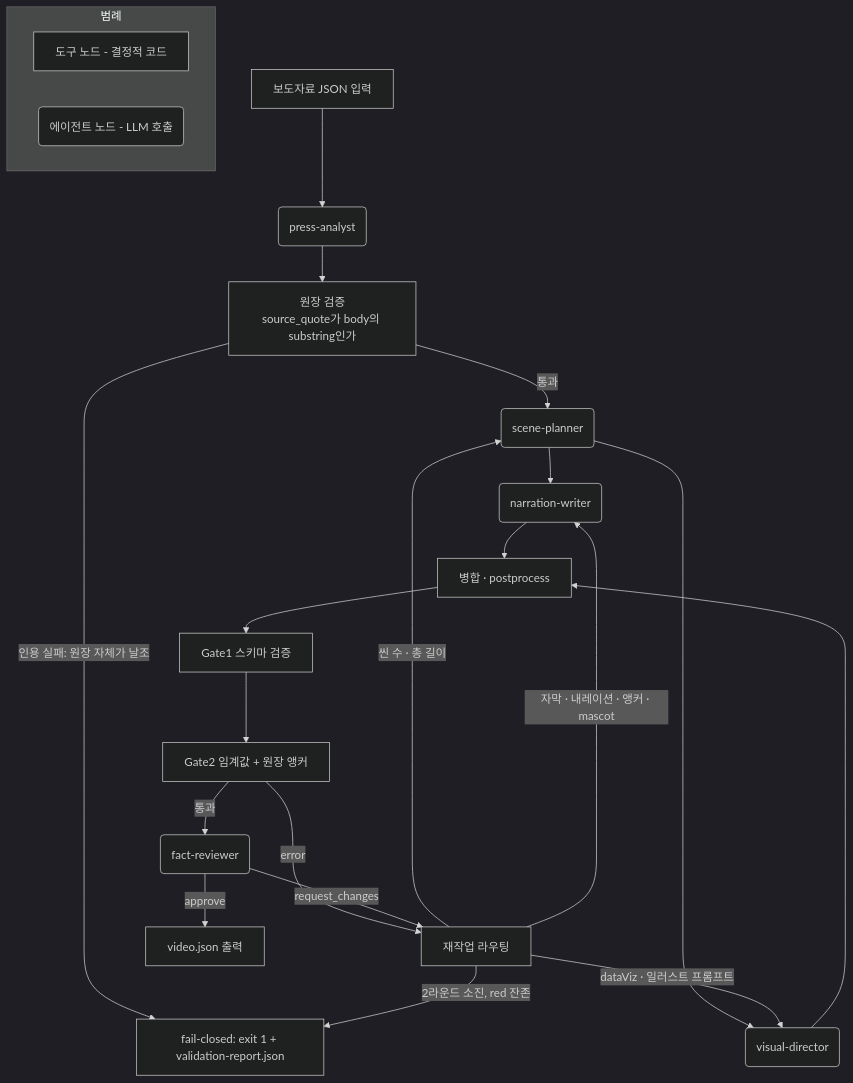
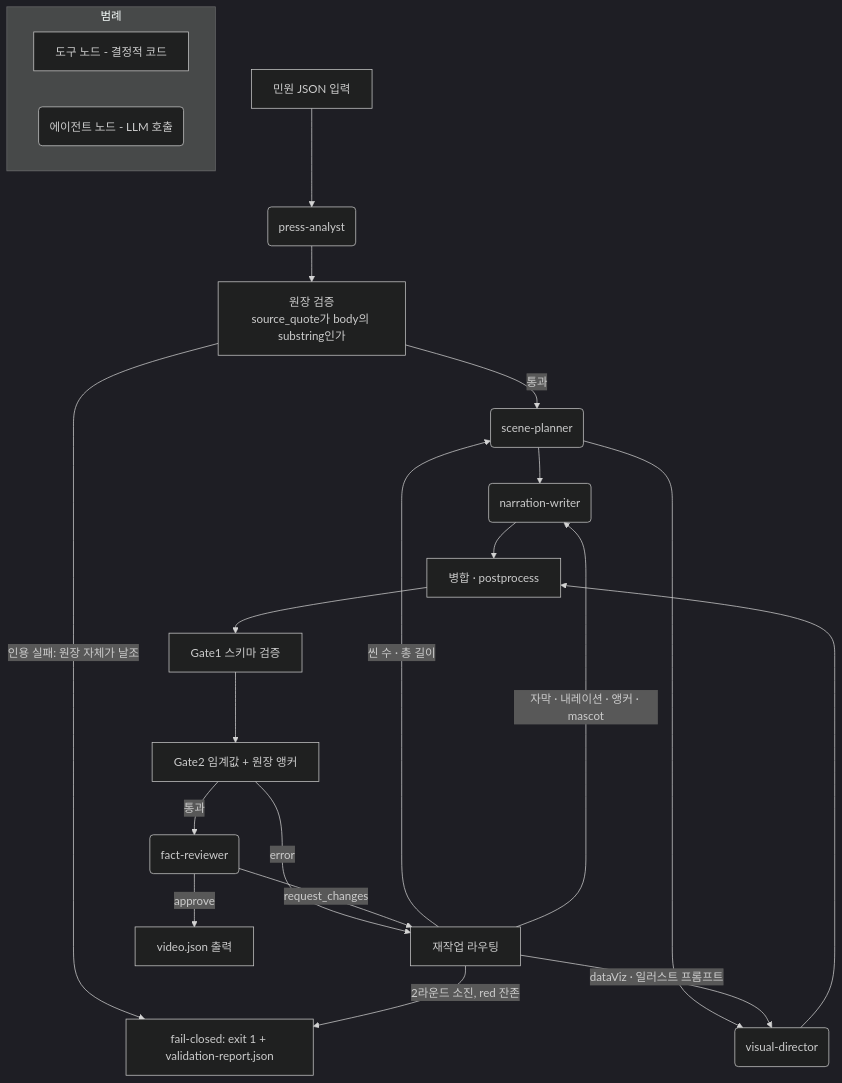
One commit to okokp7608-wq/civil-complaint-agent changed the diagram in README.md. Above: the diagram before and after it, drawn with Mermaid (dark theme). The commit also changed other lines of this file, not shown here.

Commit message:
Update flowchart section from press to civil complaint

````diff
--- a/README.md
+++ b/README.md
@@ -1662,39 +1662,39 @@
 ```mermaid
 flowchart TD
     subgraph LEGEND["범례"]
         direction LR
         T[도구 노드 - 결정적 코드]
         Ag(에이전트 노드 - LLM 호출)
     end
 
-    IN[보도자료 JSON 입력]
+    IN[민원 JSON 입력]
     ANALYST(press-analyst)
     LEDGER[원장 검증<br/>source_quote가 body의 substring인가]
     PLANNER(scene-planner)
     NARR(narration-writer)
     VISUAL(visual-director)
     MERGE[병합 · postprocess]
     GATE1[Gate1 스키마 검증]
     GATE2[Gate2 임계값 + 원장 앵커]
     REVIEWER(fact-reviewer)
     REWORK[재작업 라우팅]
     OUT[video.json 출력]
     FAIL[fail-closed: exit 1 + validation-report.json]
 
     IN --> ANALYST --> LEDGER
     LEDGER -- "인용 실패: 원장 자체가 날조" --> FAIL
     LEDGER -- 통과 --> PLANNER
     PLANNER --> NARR
     PLANNER --> VISUAL
     NARR --> MERGE
     VISUAL --> MERGE
     MERGE --> GATE1 --> GATE2
     GATE2 -- 통과 --> REVIEWER
     GATE2 -- error --> REWORK
     REVIEWER -- approve --> OUT
     REVIEWER -- request_changes --> REWORK
     REWORK -- "씬 수 · 총 길이" --> PLANNER
     REWORK -- "자막 · 내레이션 · 앵커 · mascot" --> NARR
     REWORK -- "dataViz · 일러스트 프롬프트" --> VISUAL
     REWORK -- "2라운드 소진, red 잔존" --> FAIL
 ```
````
